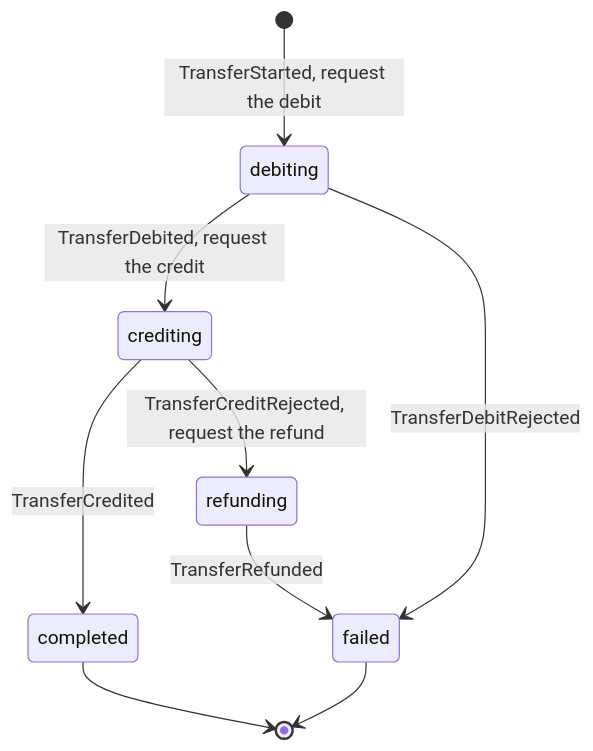
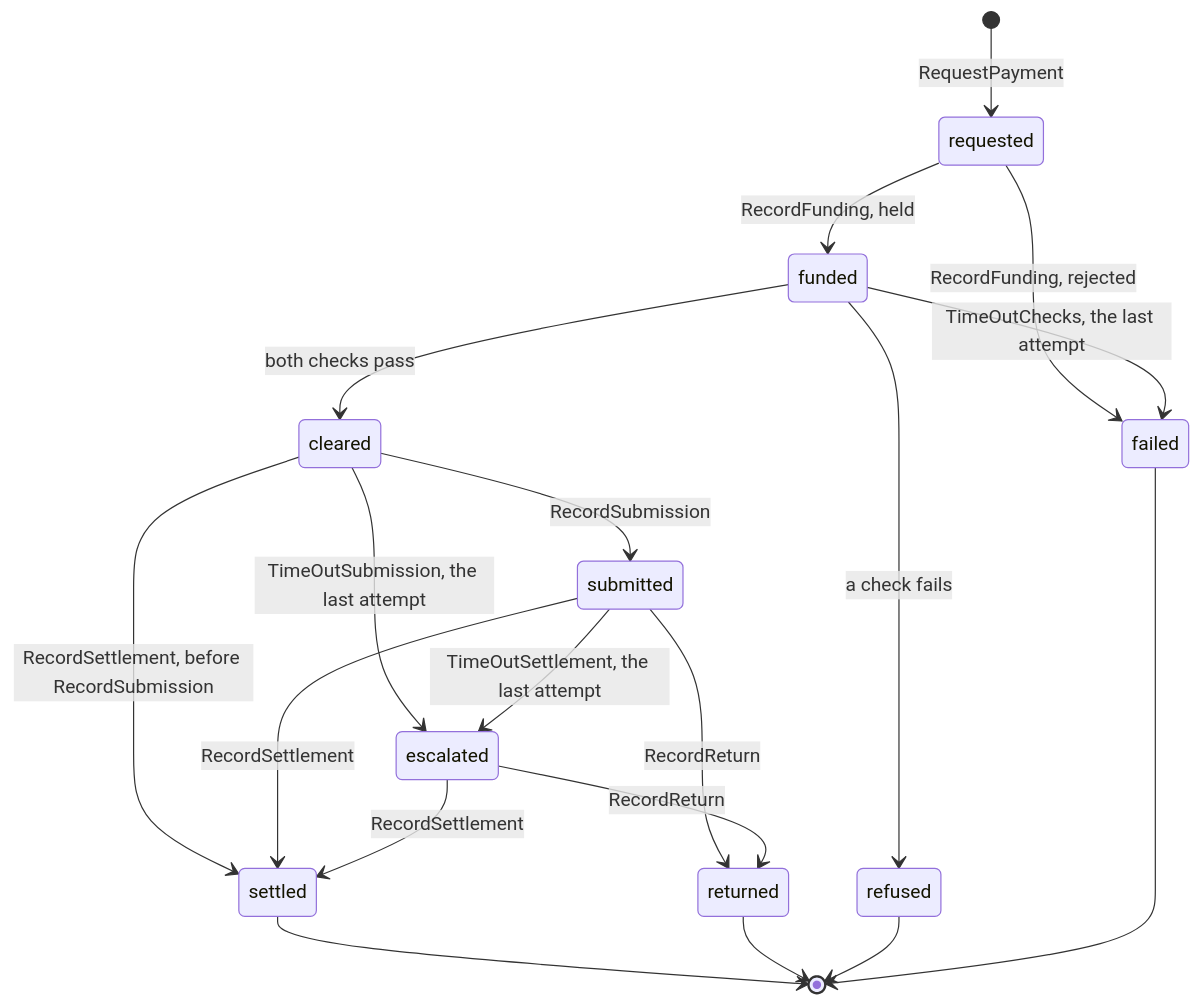
Before and after one commit to hpcsc/repo-templates: the fourth of 4 diagrams in templates/global/go-event-sourcing-service-process-manager/templates/docs/process-manager-example.md, drawn with Mermaid. The commit also changed other lines of this file and 188 other files, not shown here.

````diff
--- a/templates/global/go-event-sourcing-service-process-manager/templates/docs/process-manager-example.md
+++ b/templates/global/go-event-sourcing-service-process-manager/templates/docs/process-manager-example.md
@@ -26,11 +223,21 @@
 ```mermaid
 stateDiagram-v2
-    [*] --> debiting: TransferStarted, request the debit
-    debiting --> crediting: TransferDebited, request the credit
-    debiting --> failed: TransferDebitRejected
-    crediting --> completed: TransferCredited
-    crediting --> refunding: TransferCreditRejected, request the refund
-    refunding --> failed: TransferRefunded
-    completed --> [*]
+    [*] --> requested: RequestPayment
+    requested --> funded: RecordFunding, held
+    requested --> failed: RecordFunding, rejected
+    funded --> cleared: both checks pass
+    funded --> refused: a check fails
+    funded --> failed: TimeOutChecks, the last attempt
+    cleared --> submitted: RecordSubmission
+    cleared --> settled: RecordSettlement, before RecordSubmission
+    cleared --> escalated: TimeOutSubmission, the last attempt
+    submitted --> settled: RecordSettlement
+    submitted --> returned: RecordReturn
+    submitted --> escalated: TimeOutSettlement, the last attempt
+    escalated --> settled: RecordSettlement
+    escalated --> returned: RecordReturn
+    settled --> [*]
+    returned --> [*]
+    refused --> [*]
     failed --> [*]
 ```
````
